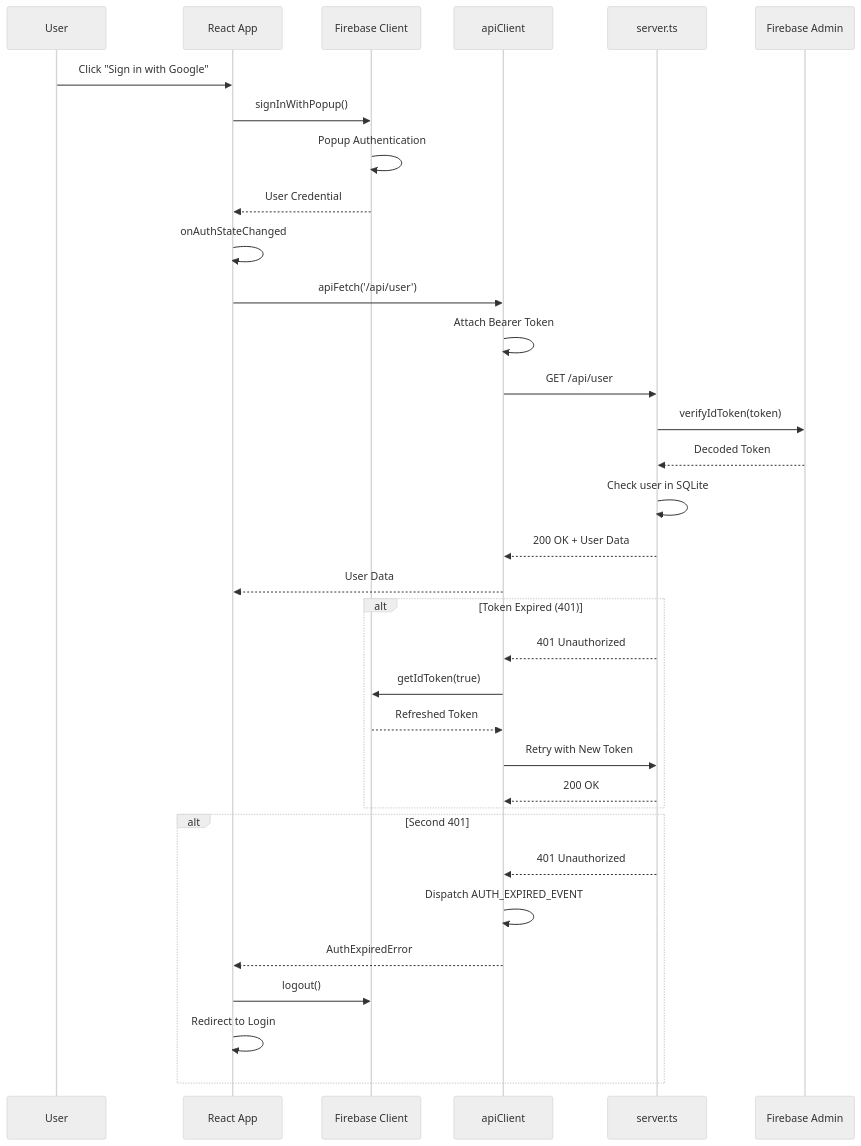
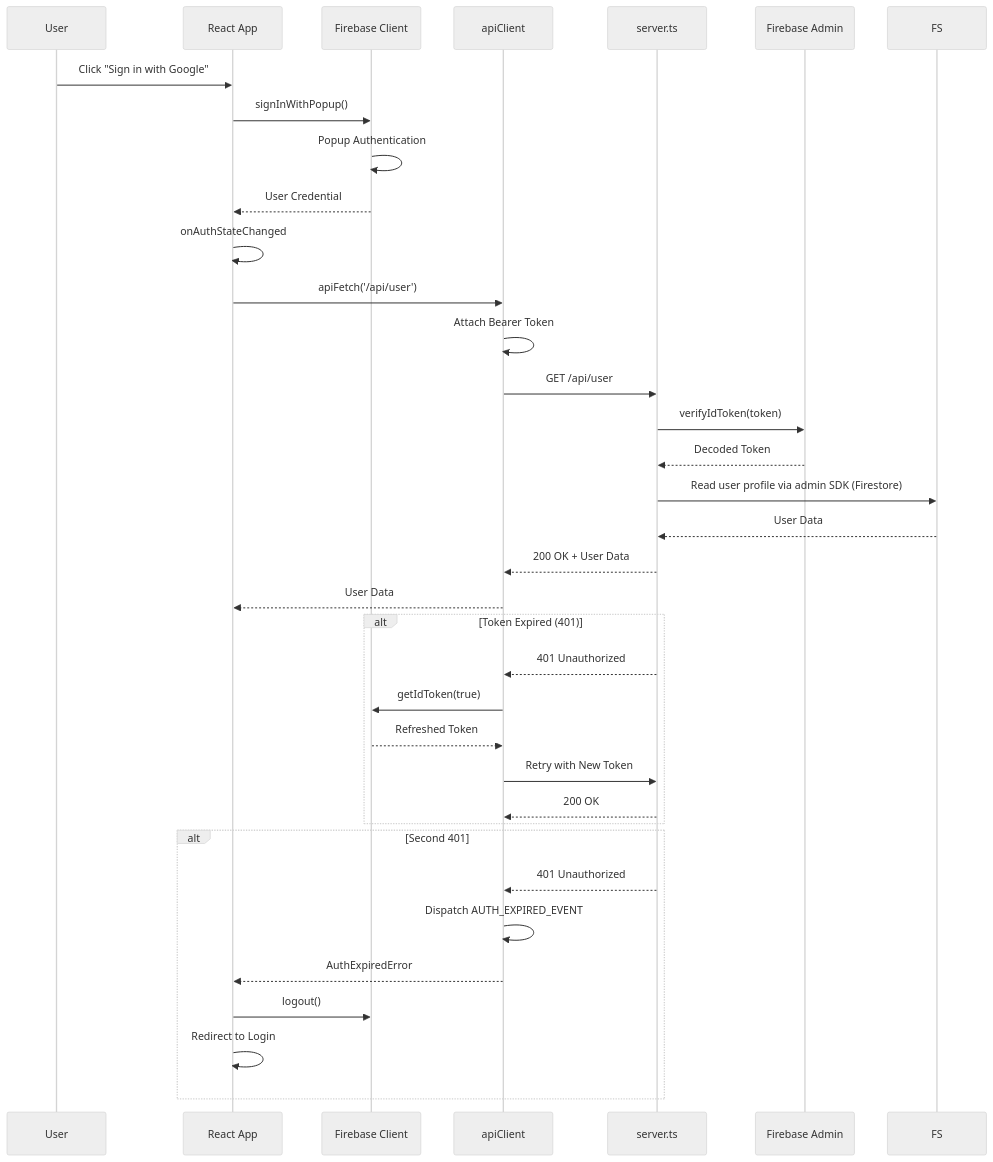
The sixth of 10 diagrams in ARCHITECTURE.md (danengelsman/CreatorOS), drawn with Mermaid (neutral theme) before and after one commit. The commit also changed other lines of this file, not shown here.

Commit message:
docs: update ARCHITECTURE.md to post-F2.x Firestore-only reality

````diff
--- a/ARCHITECTURE.md
+++ b/ARCHITECTURE.md
@@ -235,41 +221,42 @@
 ```mermaid
 sequenceDiagram
     participant U as User
     participant UI as React App
     participant FC as Firebase Client
     participant AC as apiClient
     participant SRV as server.ts
     participant FA as Firebase Admin
 
     U->>UI: Click "Sign in with Google"
     UI->>FC: signInWithPopup()
     FC->>FC: Popup Authentication
     FC-->>UI: User Credential
     UI->>UI: onAuthStateChanged
 
     UI->>AC: apiFetch('/api/user')
     AC->>AC: Attach Bearer Token
     AC->>SRV: GET /api/user
 
     SRV->>FA: verifyIdToken(token)
     FA-->>SRV: Decoded Token
-    SRV->>SRV: Check user in SQLite
+    SRV->>FS: Read user profile via admin SDK (Firestore)
+    FS-->>SRV: User Data
     SRV-->>AC: 200 OK + User Data
     AC-->>UI: User Data
 
     alt Token Expired (401)
         SRV-->>AC: 401 Unauthorized
         AC->>FC: getIdToken(true)
         FC-->>AC: Refreshed Token
         AC->>SRV: Retry with New Token
         SRV-->>AC: 200 OK
     end
 
     alt Second 401
         SRV-->>AC: 401 Unauthorized
         AC->>AC: Dispatch AUTH_EXPIRED_EVENT
         AC-->>UI: AuthExpiredError
         UI->>FC: logout()
         UI->>UI: Redirect to Login
     end
 ```
````
